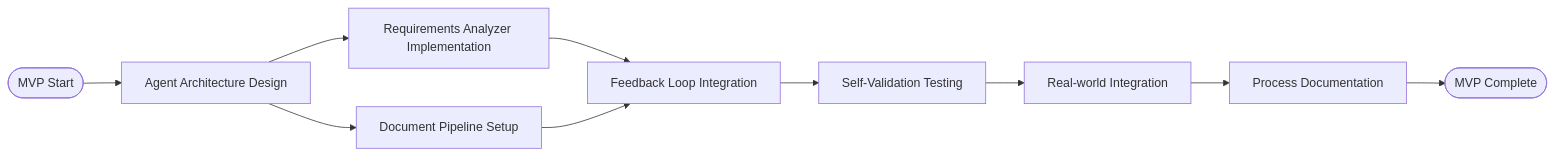
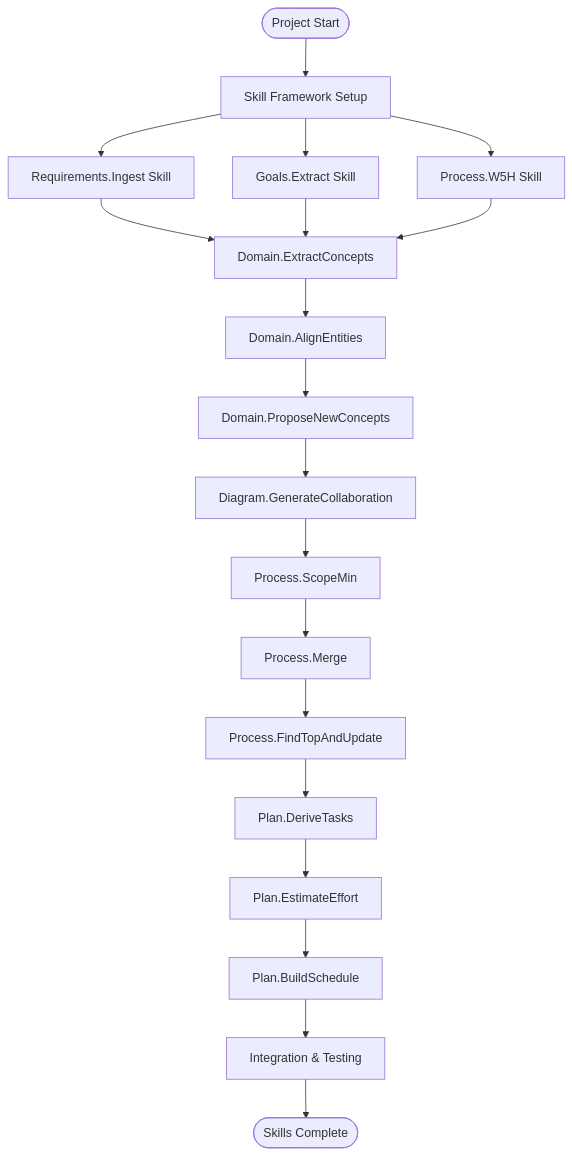
Before and after one commit to zhongadamwang/AI_Slowcooker: the diagram in OrgDocument/projects/01 - Building Skills/project-plan-mvp.md, drawn with Mermaid. The commit also changed other lines of this file and 1 other file, not shown here.

Commit message:
Limit the project being skill only

````diff
--- a/OrgDocument/projects/01 - Building Skills/project-plan-mvp.md
+++ b/OrgDocument/projects/01 - Building Skills/project-plan-mvp.md
@@ -43,12 +40,21 @@
 ```mermaid
-graph LR
-    Start([MVP Start]) --> T1[Agent Architecture Design]
-    T1 --> T2[Requirements Analyzer Implementation]
-    T1 --> T3[Document Pipeline Setup]
-    T2 --> T4[Feedback Loop Integration]
-    T3 --> T4
-    T4 --> T5[Self-Validation Testing]
-    T5 --> T6[Real-world Integration]
-    T6 --> T7[Process Documentation]
-    T7 --> End([MVP Complete])
+graph TD
+    Start([Project Start]) --> T1[Skill Framework Setup]
+    T1 --> T2[Requirements.Ingest Skill]
+    T1 --> T3[Goals.Extract Skill]
+    T1 --> T4[Process.W5H Skill]
+    T2 --> T5[Domain.ExtractConcepts]
+    T3 --> T5
+    T4 --> T5
+    T5 --> T6[Domain.AlignEntities]
+    T6 --> T7[Domain.ProposeNewConcepts]
+    T7 --> T8[Diagram.GenerateCollaboration]
+    T8 --> T9[Process.ScopeMin]
+    T9 --> T10[Process.Merge]
+    T10 --> T11[Process.FindTopAndUpdate]
+    T11 --> T12[Plan.DeriveTasks]
+    T12 --> T13[Plan.EstimateEffort]
+    T13 --> T14[Plan.BuildSchedule]
+    T14 --> T15[Integration & Testing]
+    T15 --> End([Skills Complete])
 ```
````
